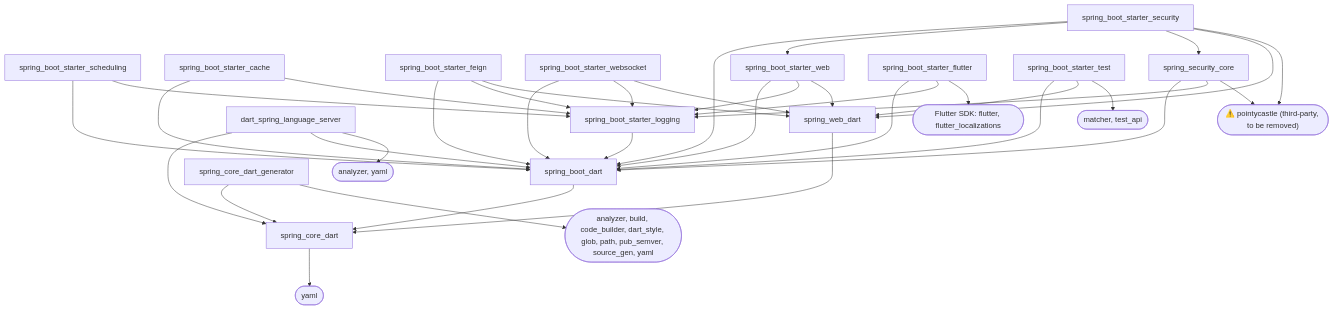
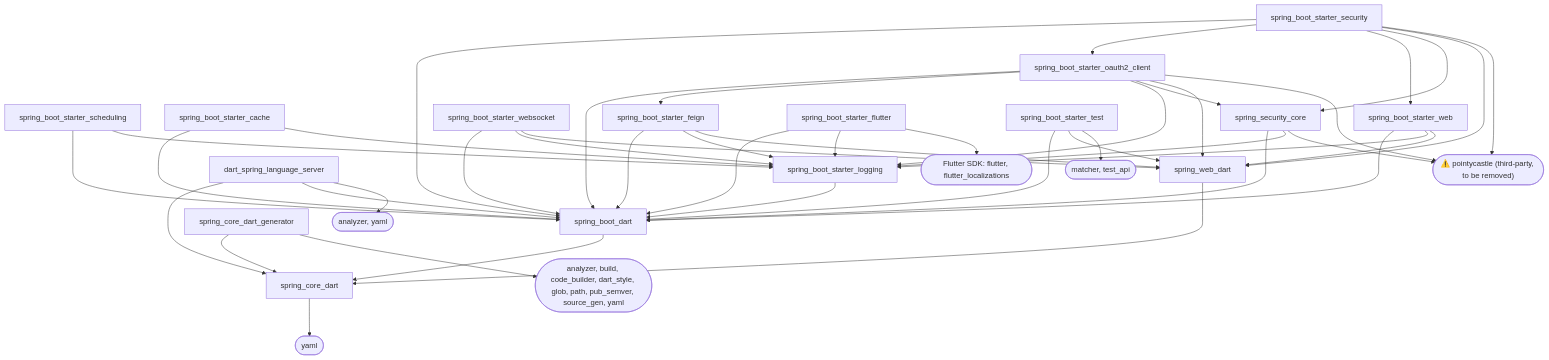
Before and after one commit to farum-azula/spring_core_dart: the diagram in docs/dependencies.md, drawn with Mermaid. The commit also changed other lines of this file and 279 other files, not shown here.

First line of the commit message:
feat: single sign-on with OAuth 2.0 / OpenID Connect (spring_boot_sta… (#11)

````diff
--- a/docs/dependencies.md
+++ b/docs/dependencies.md
@@ -212,62 +220,70 @@
 ```mermaid
 graph TD
   core[spring_core_dart]
   boot[spring_boot_dart]
   web[spring_web_dart]
   logging[spring_boot_starter_logging]
   scheduling[spring_boot_starter_scheduling]
   cache[spring_boot_starter_cache]
   feign[spring_boot_starter_feign]
   websocket[spring_boot_starter_websocket]
   webStarter[spring_boot_starter_web]
   securityCore[spring_security_core]
+  oauth2Client[spring_boot_starter_oauth2_client]
   securityStarter[spring_boot_starter_security]
   flutterStarter[spring_boot_starter_flutter]
   testStarter[spring_boot_starter_test]
   generator[spring_core_dart_generator]
   lsp[dart_spring_language_server]
 
   yaml([yaml])
   flutterSdk([Flutter SDK: flutter, flutter_localizations])
   testApi([matcher, test_api])
   codegen([analyzer, build, code_builder, dart_style, glob, path, pub_semver, source_gen, yaml])
   analyzer([analyzer, yaml])
   pointycastle(["⚠️ pointycastle (third-party, to be removed)"])
 
   core --> yaml
   boot --> core
   web --> core
   logging --> boot
   scheduling --> boot
   scheduling --> logging
   cache --> boot
   cache --> logging
   feign --> boot
   feign --> logging
   feign --> web
   websocket --> boot
   websocket --> logging
   websocket --> web
   webStarter --> boot
   webStarter --> logging
   webStarter --> web
   securityCore --> boot
   securityCore --> logging
   securityCore --> pointycastle
+  oauth2Client --> boot
+  oauth2Client --> feign
+  oauth2Client --> logging
+  oauth2Client --> securityCore
+  oauth2Client --> web
+  oauth2Client --> pointycastle
   securityStarter --> boot
+  securityStarter --> oauth2Client
   securityStarter --> webStarter
   securityStarter --> securityCore
   securityStarter --> web
   securityStarter --> pointycastle
   flutterStarter --> boot
   flutterStarter --> logging
   flutterStarter --> flutterSdk
   testStarter --> boot
   testStarter --> web
   testStarter --> testApi
   generator --> core
   generator --> codegen
   lsp --> core
   lsp --> boot
   lsp --> analyzer
 ```
````
